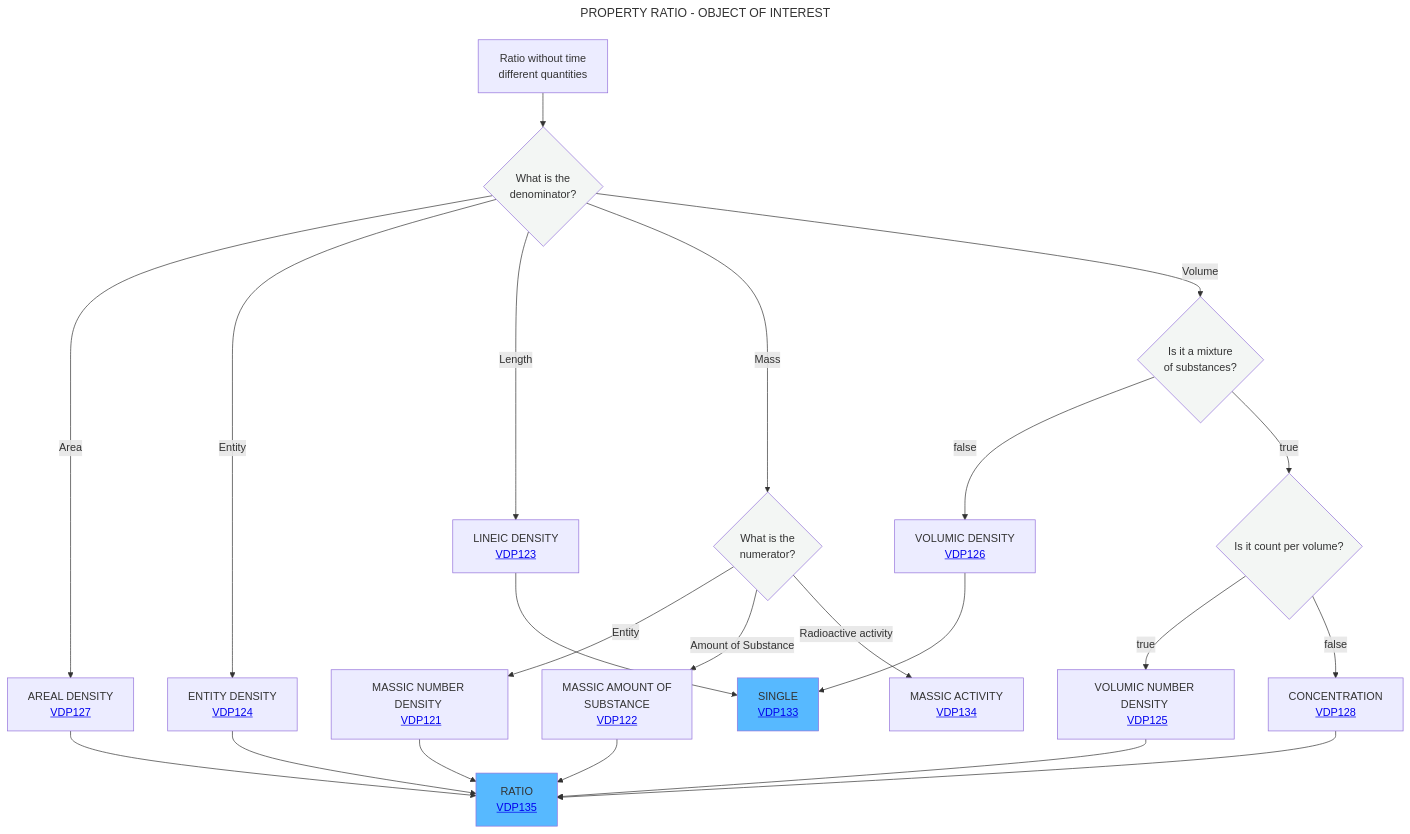
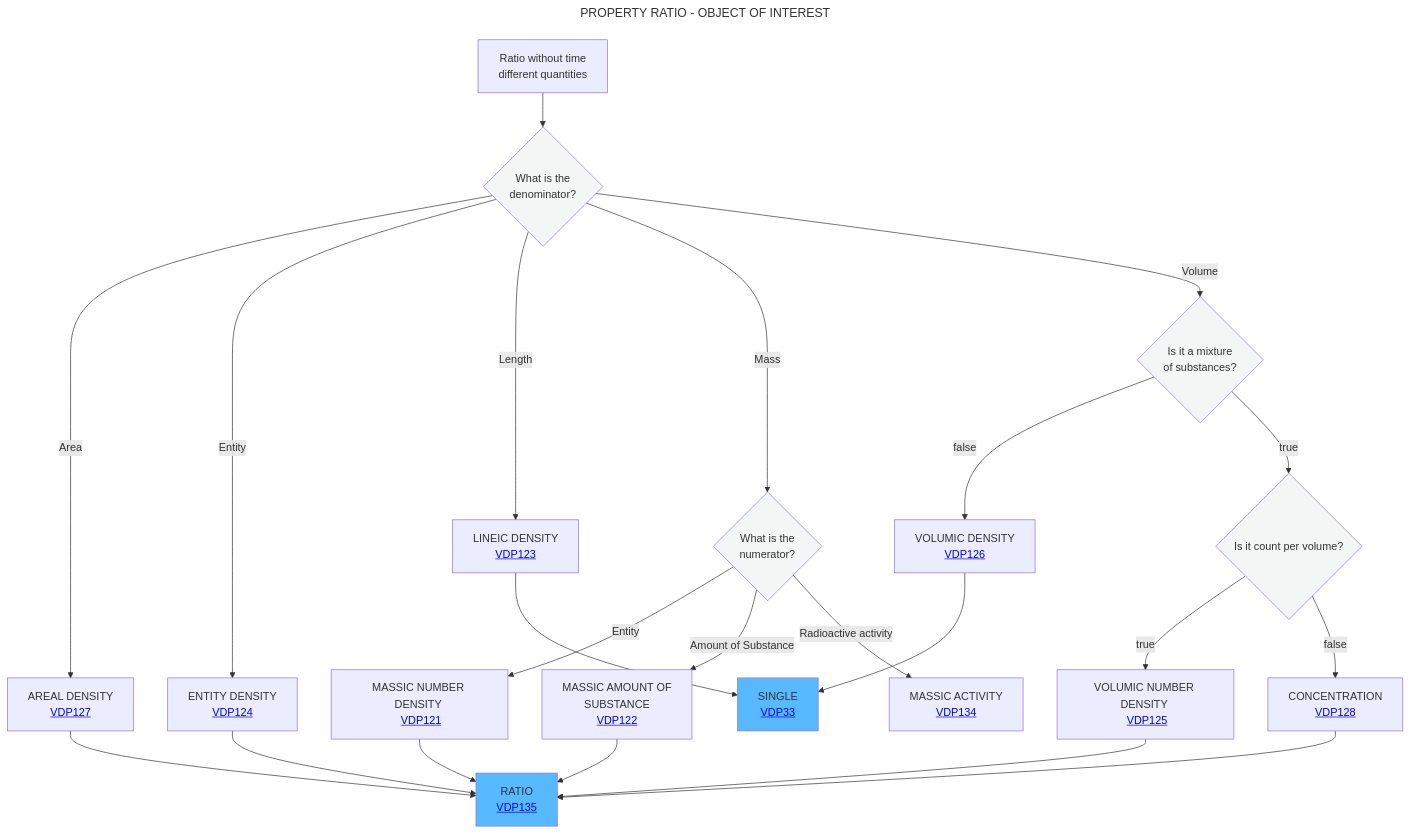
One commit to mabablue/I-ADOPT-patterns-playground changed the diagram in Decisition_trees/DT5.mmd. Above: the diagram before and after it, drawn with Mermaid.

```diff
--- a/Decisition_trees/DT5.mmd
+++ b/Decisition_trees/DT5.mmd
@@ -1,29 +1,29 @@
 ---
 title: PROPERTY RATIO - OBJECT OF INTEREST
 ---
 flowchart TD
     A[Ratio without time <br> different quantities] --> B{What is the <br> denominator?}:::white
     B -- Area -->C[AREAL DENSITY <br> <a href='https://github.com/mabablue/I-ADOPT-patterns-playground/blob/main/pattern/VDP127.yaml'>VDP127</a>]
     B -- Entity -->F[ENTITY DENSITY <br> <a href='https://github.com/mabablue/I-ADOPT-patterns-playground/blob/main/pattern/VDP124.yaml'>VDP124</a>]
     B -- Length -->D[LINEIC DENSITY <br> <a href='https://github.com/mabablue/I-ADOPT-patterns-playground/blob/main/pattern/VDP123.yaml'>VDP123</a>]
     B -- Mass -->E{What is the <br> numerator?}:::white
     E -- Entity --> L[MASSIC NUMBER DENSITY <br> <a href='https://github.com/mabablue/I-ADOPT-patterns-playground/blob/main/pattern/VDP121.yaml'>VDP121</a>]
     E -- Amount of Substance --> P[MASSIC AMOUNT OF <br> SUBSTANCE <br> <a href='https://github.com/mabablue/I-ADOPT-patterns-playground/blob/main/pattern/VDP122.yaml'>VDP122</a>]
     E -- Radioactive activity --> Q[MASSIC ACTIVITY <br> <a href='https://github.com/mabablue/I-ADOPT-patterns-playground/blob/main/pattern/VDP134.yaml'>VDP134</a>]
     B -- Volume -->G{Is it a mixture <br> of substances?}:::white
     G --> |false|H[VOLUMIC DENSITY <br> <a href='https://github.com/mabablue/I-ADOPT-patterns-playground/blob/main/pattern/VDP126.yaml'>VDP126</a>]
     G--> |true|J{Is it count per volume?}:::white
     J --> |true|I[VOLUMIC NUMBER DENSITY <br> <a href='https://github.com/mabablue/I-ADOPT-patterns-playground/blob/main/pattern/VDP125.yaml'>VDP125</a>]
     J --> |false|M[CONCENTRATION <br> <a href='https://github.com/mabablue/I-ADOPT-patterns-playground/blob/main/pattern/VDP128.yaml'>VDP128</a>]
     I --> N
     C --> N[RATIO <br> <a href='https://github.com/mabablue/I-ADOPT-patterns-playground/blob/main/pattern/VDP135.yaml'>VDP135</a>]:::satblue
     F --> N
-    D --> O[SINGLE <br> <a href='https://github.com/mabablue/I-ADOPT-patterns-playground/blob/main/pattern/VDP133.yaml'>VDP133</a>]:::satblue
+    D --> O[SINGLE <br> <a href='https://github.com/mabablue/I-ADOPT-patterns-playground/blob/main/pattern/VDP33.yaml'>VDP33</a>]:::satblue
     H --> O
     L --> N
     P --> N
     M --> N
    classDef blue fill:#90D5FF
    classDef satblue fill:#57B9FF 
    classDef white fill:#f3f6f4
    classDef green fill:#6aa84f
```
